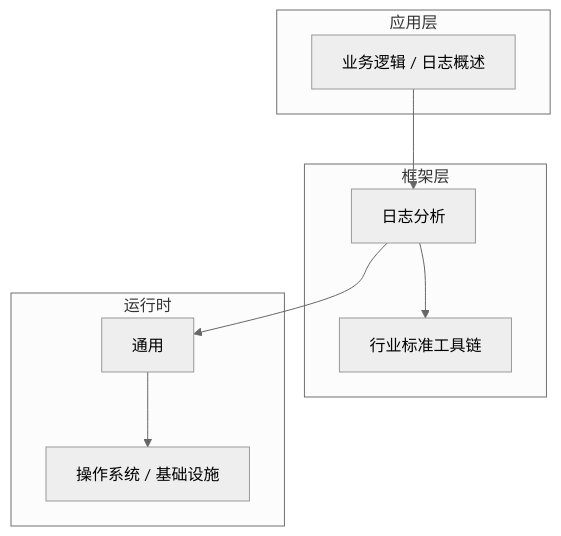
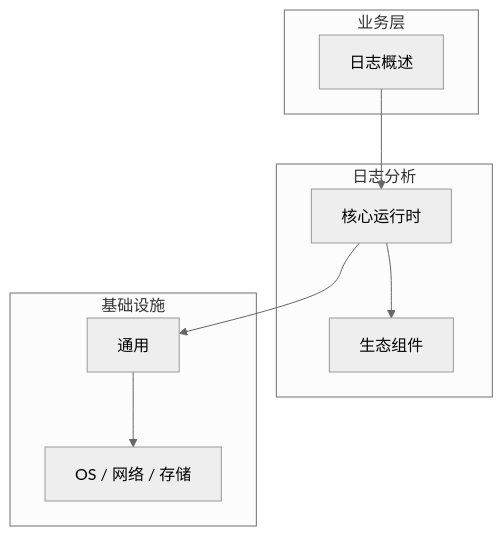
The diagram in articles/日志分析/chapters/001-日志概述核心概念与原理.md (yanggan2015/knowledge-json-v2), drawn with Mermaid (neutral theme) before and after one commit. The commit also changed other lines of this file and 10127 other files, not shown here.

````diff
--- a/articles/日志分析/chapters/001-日志概述核心概念与原理.md
+++ b/articles/日志分析/chapters/001-日志概述核心概念与原理.md
@@ -45,18 +34,18 @@
 ```mermaid
 graph TB
-    subgraph 应用层
-        A[业务逻辑 / 日志概述]
+    subgraph 业务层
+        A[日志概述]
     end
-    subgraph 框架层
-        B[日志分析]
-        C[行业标准工具链]
+    subgraph 日志分析
+        B[核心运行时]
+        C[生态组件]
     end
-    subgraph 运行时
+    subgraph 基础设施
         D[通用]
-        E[操作系统 / 基础设施]
+        E[OS / 网络 / 存储]
     end
     A --> B
     B --> C
     B --> D
     D --> E
 ```
````
